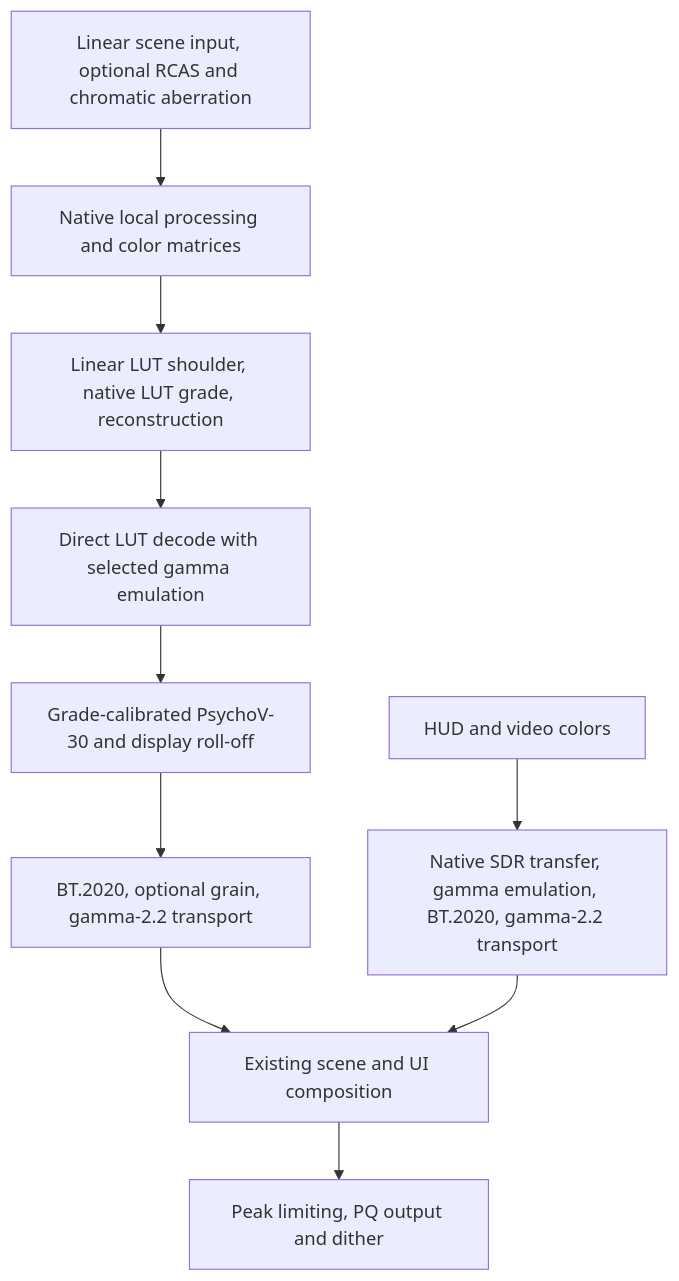
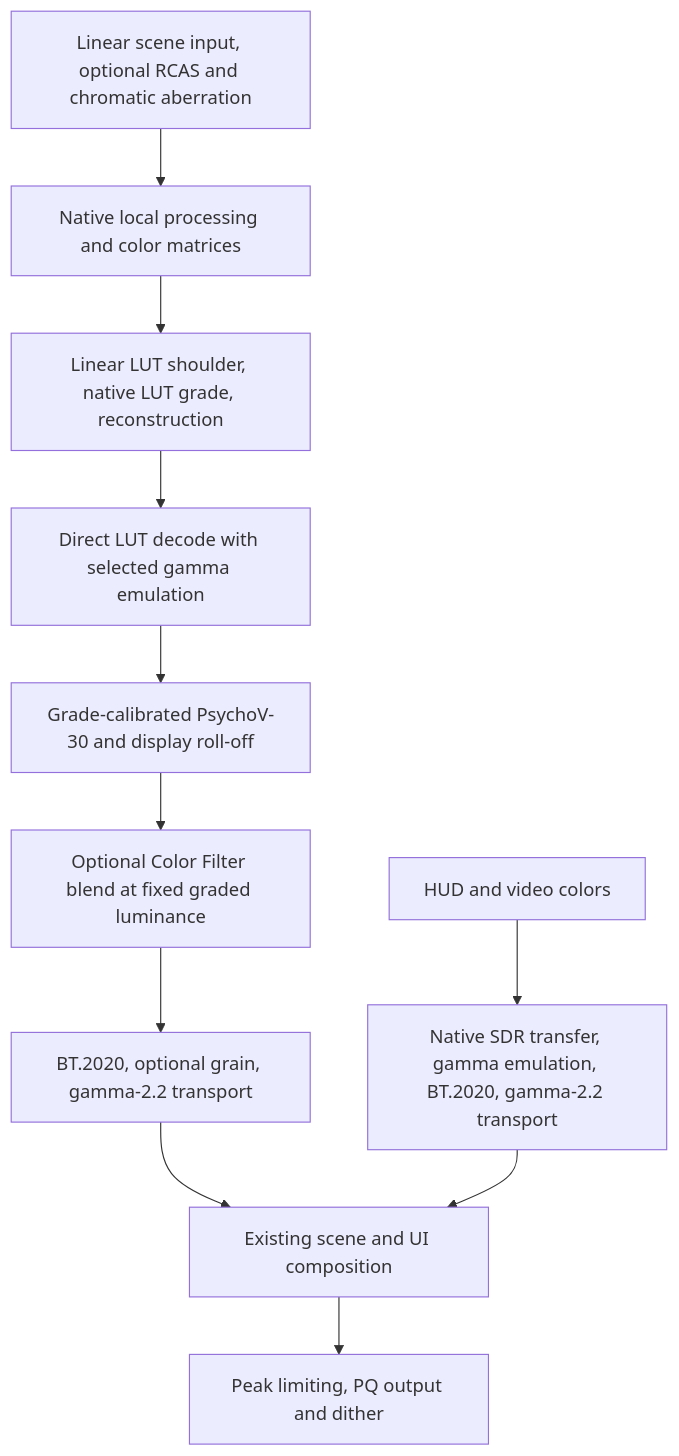
One commit to hartapfel/renodx changed the diagram in src/games/gotsushima/README.md. Above: the diagram before and after it, drawn with Mermaid. The commit also changed other lines of this file and 5 other files, not shown here.

First line of the commit message:
[mod:gotsushima] Add luminance-preserving color filter control

````diff
--- a/src/games/gotsushima/README.md
+++ b/src/games/gotsushima/README.md
@@ -81,12 +83,13 @@
 ```mermaid
 flowchart TD
     A[Linear scene input, optional RCAS and chromatic aberration] --> B[Native local processing and color matrices]
     B --> C[Linear LUT shoulder, native LUT grade, reconstruction]
     C --> T[Direct LUT decode with selected gamma emulation]
     T --> D[Grade-calibrated PsychoV-30 and display roll-off]
-    D --> E[BT.2020, optional grain, gamma-2.2 transport]
+    D --> CF[Optional Color Filter blend at fixed graded luminance]
+    CF --> E[BT.2020, optional grain, gamma-2.2 transport]
     U[HUD and video colors] --> V[Native SDR transfer, gamma emulation, BT.2020, gamma-2.2 transport]
     E --> F[Existing scene and UI composition]
     V --> F
     F --> G[Peak limiting, PQ output and dither]
 ```
````
